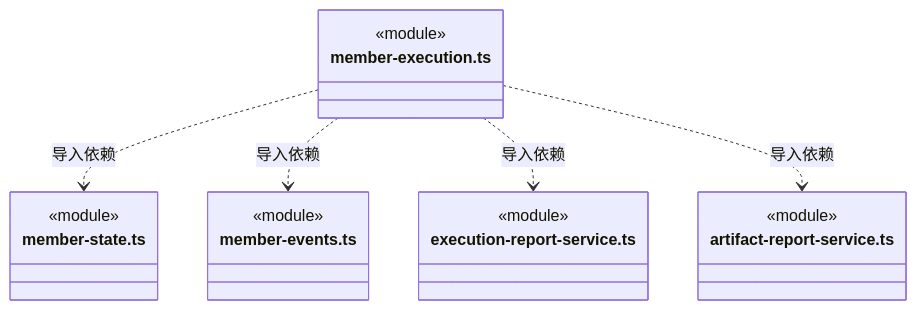
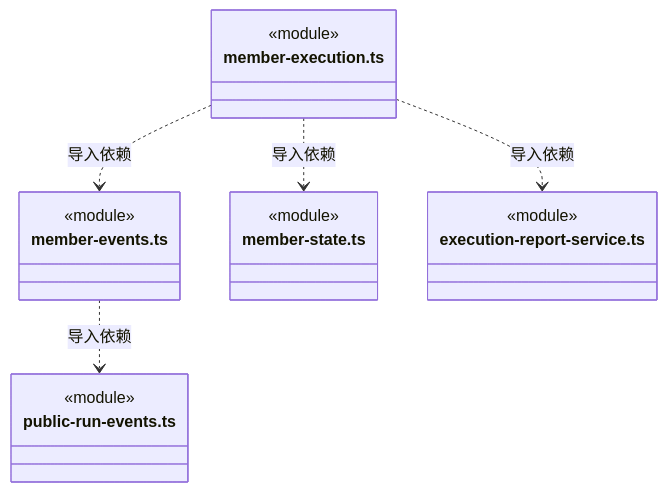
Before and after one commit to nan023062/cbim: diagram 47 of 56 in src/backend/scheduler-engine/execution/ARCHITECTURE.md, drawn with Mermaid. The commit also changed other lines of this file and 85 other files, not shown here.

````diff
--- a/src/backend/scheduler-engine/execution/ARCHITECTURE.md
+++ b/src/backend/scheduler-engine/execution/ARCHITECTURE.md
@@ -1200,22 +1254,22 @@
 ```mermaid
 classDiagram
+class N_src_backend_scheduler_engine_execution_member_events_ts["member-events.ts"] {
+  <<module>>
+}
+class N_src_backend_scheduler_engine_execution_public_run_events_ts["public-run-events.ts"] {
+  <<module>>
+}
 class N_src_backend_scheduler_engine_execution_member_execution_ts["member-execution.ts"] {
   <<module>>
 }
 class N_src_backend_scheduler_engine_execution_member_state_ts["member-state.ts"] {
   <<module>>
 }
-class N_src_backend_scheduler_engine_execution_member_events_ts["member-events.ts"] {
-  <<module>>
-}
 class N_src_backend_scheduler_engine_execution_execution_report_service_ts["execution-report-service.ts"] {
   <<module>>
 }
-class N_src_backend_scheduler_engine_execution_artifact_report_service_ts["artifact-report-service.ts"] {
-  <<module>>
-}
+N_src_backend_scheduler_engine_execution_member_events_ts ..> N_src_backend_scheduler_engine_execution_public_run_events_ts : 导入依赖
 N_src_backend_scheduler_engine_execution_member_execution_ts ..> N_src_backend_scheduler_engine_execution_member_state_ts : 导入依赖
 N_src_backend_scheduler_engine_execution_member_execution_ts ..> N_src_backend_scheduler_engine_execution_member_events_ts : 导入依赖
 N_src_backend_scheduler_engine_execution_member_execution_ts ..> N_src_backend_scheduler_engine_execution_execution_report_service_ts : 导入依赖
-N_src_backend_scheduler_engine_execution_member_execution_ts ..> N_src_backend_scheduler_engine_execution_artifact_report_service_ts : 导入依赖
 ```
````
